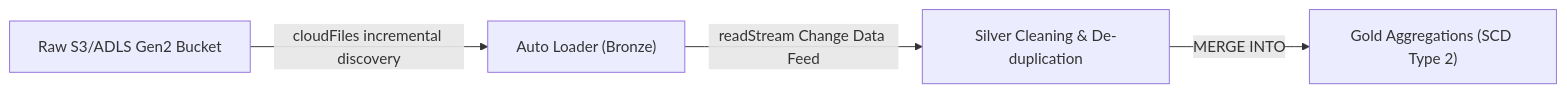
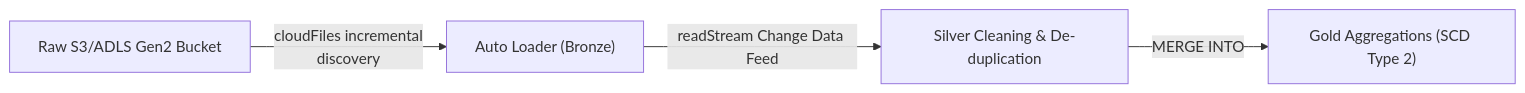
One commit to santoshjammi29/data-engineering-interview-handbook changed the first of 2 diagrams in playbooks/03_azure_databricks_125.md. Above: the diagram before and after it, drawn with Mermaid. The commit also changed other lines of this file and 9 other files, not shown here.

Commit message:
fix(diagrams): word-wrap labels and escape comparison operators across all diagrams

````diff
--- a/playbooks/03_azure_databricks_125.md
+++ b/playbooks/03_azure_databricks_125.md
@@ -137,6 +137,6 @@
 ```mermaid
 flowchart LR
-    A["Raw S3/ADLS Gen2 Bucket"] -->|cloudFiles incremental discovery| B["Auto Loader (Bronze)"]
+    A["Raw S3/ADLS Gen2 Bucket"] -->|"cloudFiles incremental<br/>discovery"| B["Auto Loader (Bronze)"]
     B -->|readStream Change Data Feed| C["Silver Cleaning & De-duplication"]
     C -->|MERGE INTO| D["Gold Aggregations (SCD Type 2)"]
 ```
````
